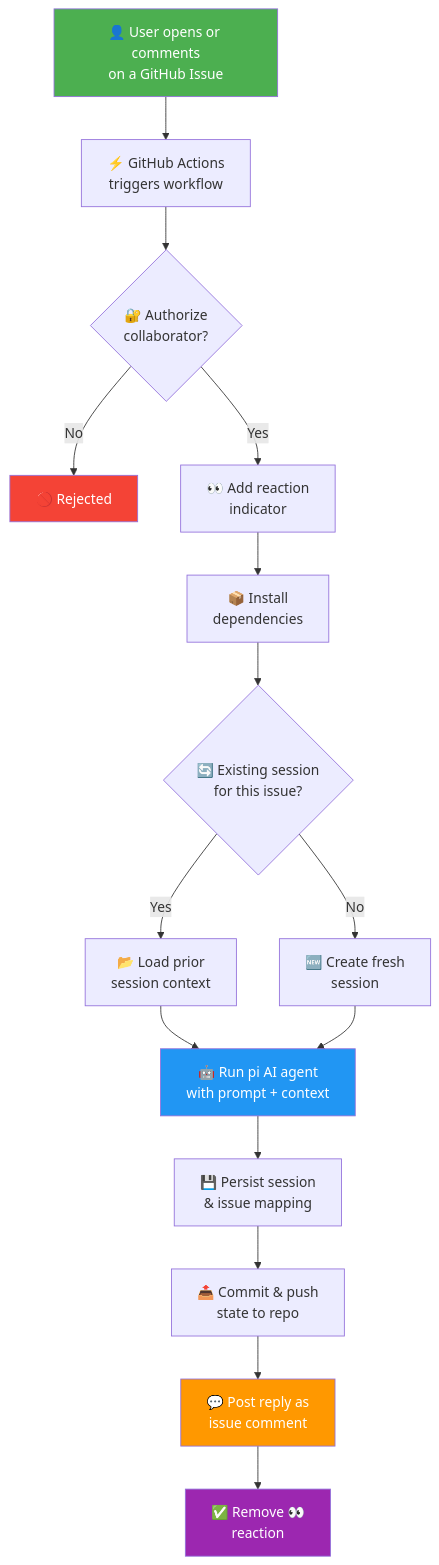
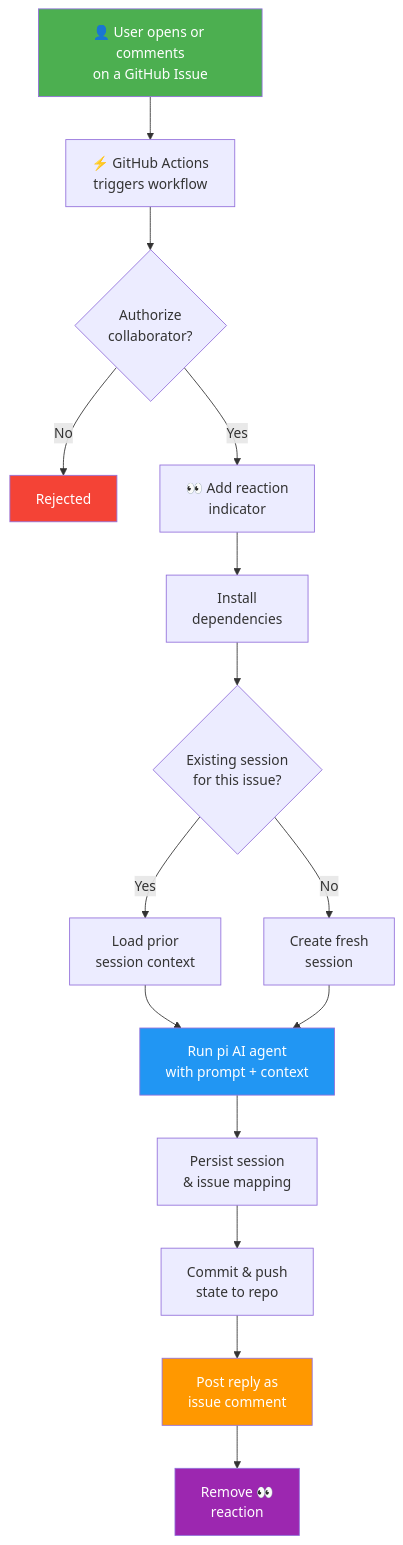
Before and after one commit to japer-technology/github-minimum-intelligence: the diagram in README.md, drawn with Mermaid.

````diff
--- a/README.md
+++ b/README.md
@@ -37,23 +37,23 @@
 ```mermaid
 flowchart TD
     A["👤 User opens or comments<br/>on a GitHub Issue"] --> B["⚡ GitHub Actions<br/>triggers workflow"]
-    B --> C{"🔐 Authorize<br/>collaborator?"}
-    C -- No --> D["🚫 Rejected"]
+    B --> C{"Authorize<br/>collaborator?"}
+    C -- No --> D["Rejected"]
     C -- Yes --> E["👀 Add reaction<br/>indicator"]
-    E --> F["📦 Install<br/>dependencies"]
-    F --> G{"🔄 Existing session<br/>for this issue?"}
-    G -- Yes --> H["📂 Load prior<br/>session context"]
-    G -- No --> I["🆕 Create fresh<br/>session"]
-    H --> J["🤖 Run pi AI agent<br/>with prompt + context"]
+    E --> F["Install<br/>dependencies"]
+    F --> G{"Existing session<br/>for this issue?"}
+    G -- Yes --> H["Load prior<br/>session context"]
+    G -- No --> I["Create fresh<br/>session"]
+    H --> J["Run pi AI agent<br/>with prompt + context"]
     I --> J
-    J --> K["💾 Persist session<br/>& issue mapping"]
-    K --> L["📤 Commit & push<br/>state to repo"]
-    L --> M["💬 Post reply as<br/>issue comment"]
-    M --> N["✅ Remove 👀<br/>reaction"]
+    J --> K["Persist session<br/>& issue mapping"]
+    K --> L["Commit & push<br/>state to repo"]
+    L --> M["Post reply as<br/>issue comment"]
+    M --> N["Remove 👀<br/>reaction"]
 
     style A fill:#4CAF50,color:#fff
     style J fill:#2196F3,color:#fff
     style M fill:#FF9800,color:#fff
     style D fill:#f44336,color:#fff
     style N fill:#9C27B0,color:#fff
 ```
````
